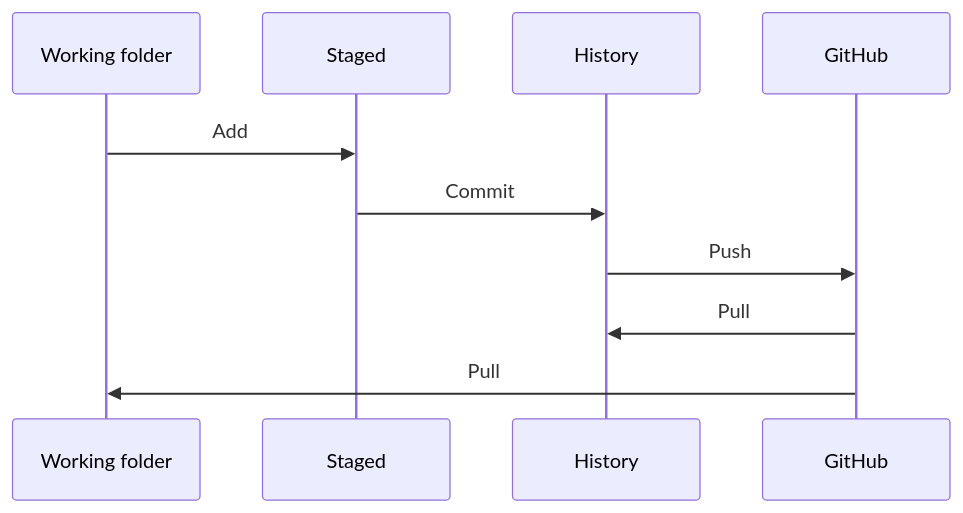
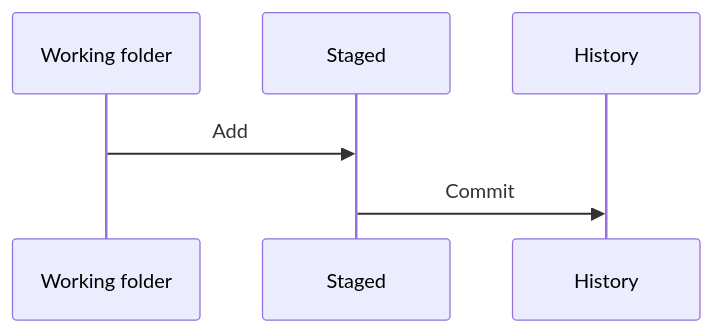
Before and after one commit to rostools/r-cubed-intro: the diagram in images/raw/git-stages.mmd, drawn with Mermaid. The commit also changed 3 other files, not shown here.

```diff
--- a/images/raw/git-stages.mmd
+++ b/images/raw/git-stages.mmd
@@ -1,10 +1,6 @@
 sequenceDiagram
     participant W as Working folder
     participant S as Staged
     participant H as History
-    participant R as GitHub
     W->>S: Add
     S->>H: Commit
-    H->>R: Push
-    R->>H: Pull
-    R->>W: Pull
```
